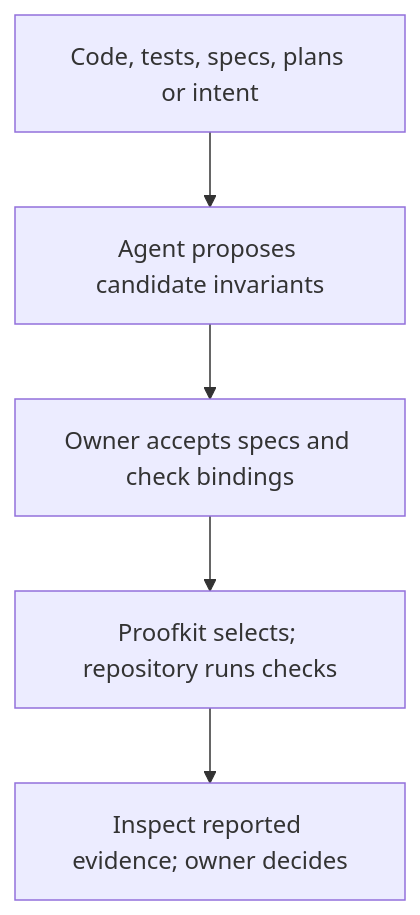
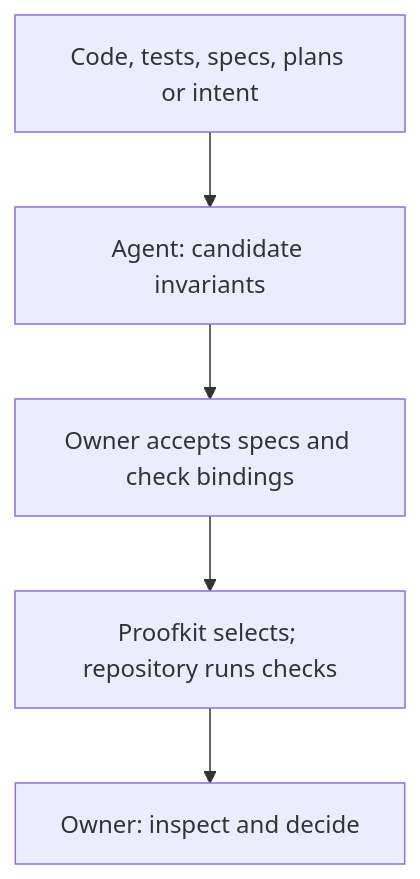
One commit to research-engineering/agentic-proofkit changed the diagram in README.md. Above: the diagram before and after it, drawn with Mermaid.

Commit message:
docs: fit overview labels within the viewport budget

````diff
--- a/README.md
+++ b/README.md
@@ -44,7 +44,7 @@
 ```mermaid
 flowchart TB
-    Sources["Code, tests, specs, plans or intent"] --> Draft["Agent proposes candidate invariants"]
+    Sources["Code, tests, specs, plans or intent"] --> Draft["Agent: candidate invariants"]
     Draft --> Spec["Owner accepts specs and check bindings"]
     Spec --> Run["Proofkit selects; repository runs checks"]
-    Run --> Review["Inspect reported evidence; owner decides"]
+    Run --> Review["Owner: inspect and decide"]
 ```
````
